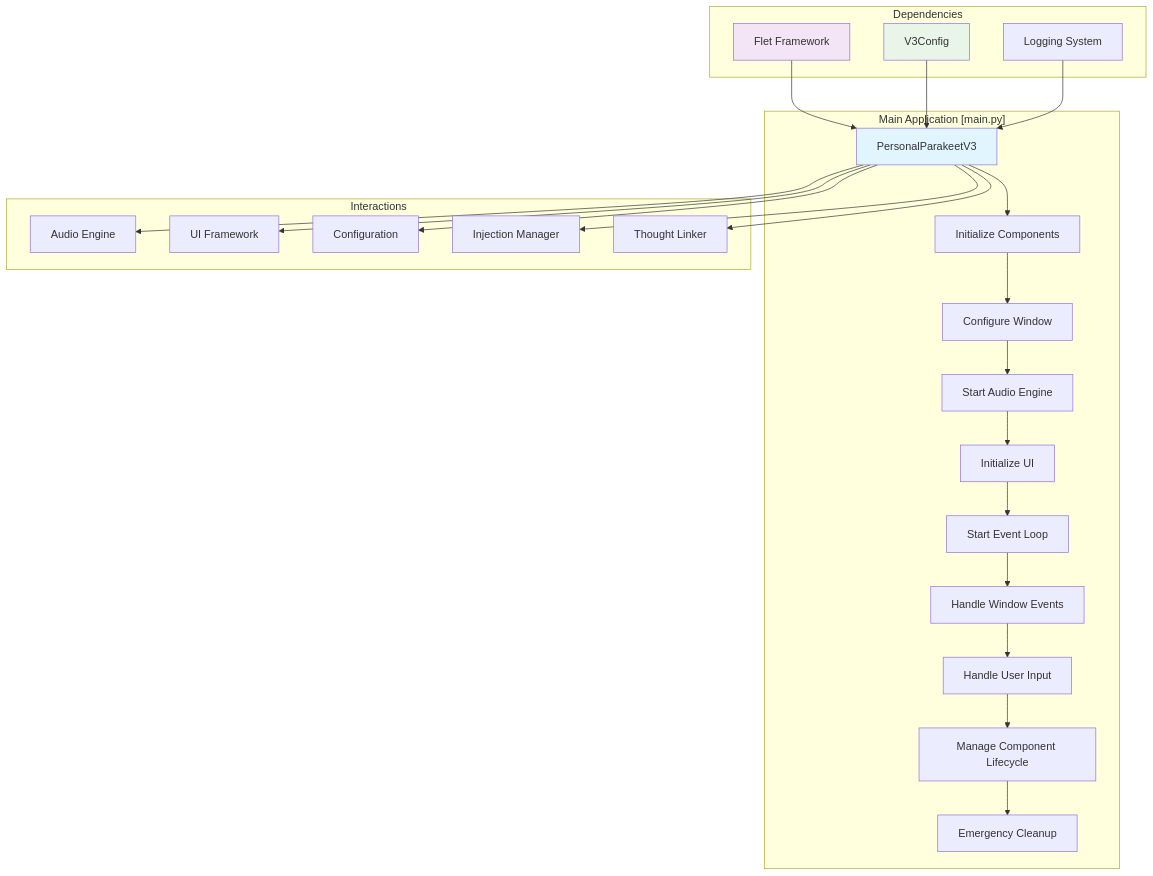
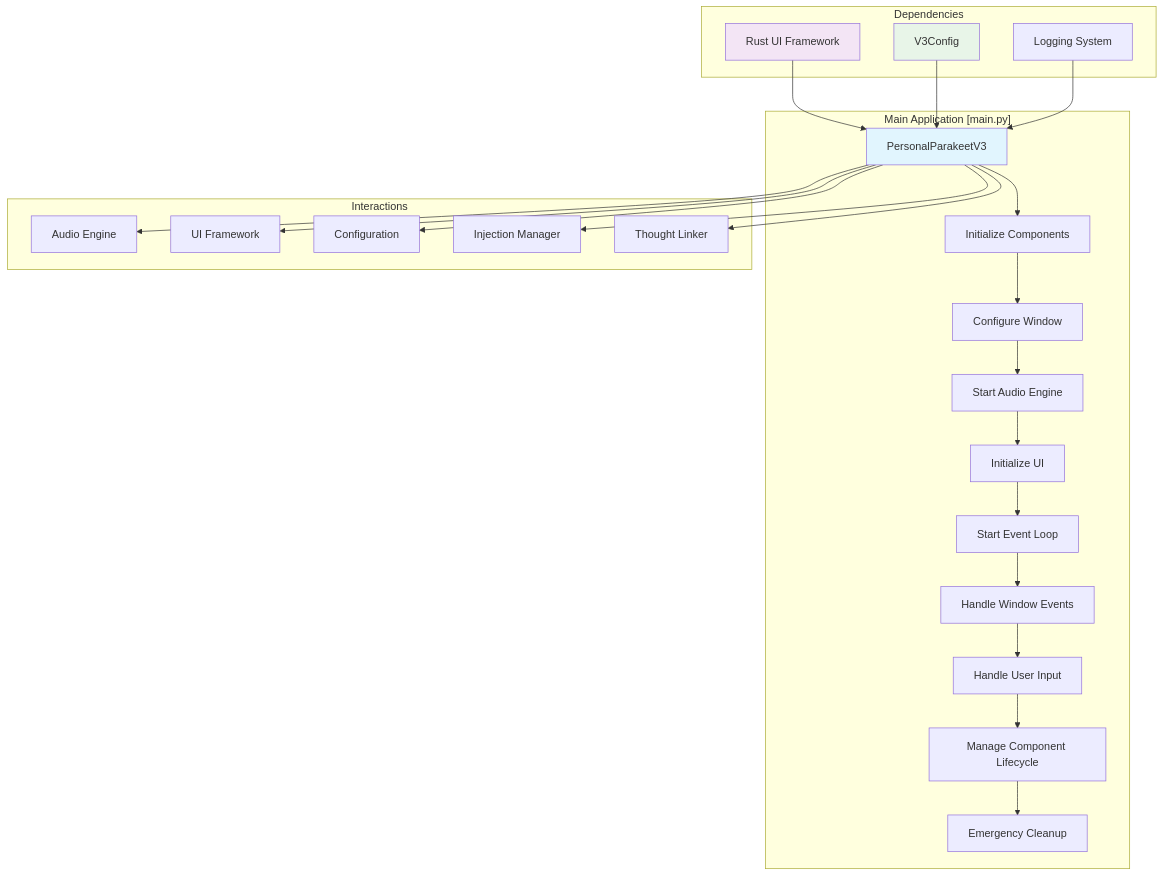
One commit to Coldaine/PersonalParakeet changed the first of 8 diagrams in docs/analysis/component_interaction_diagram.md. Above: the diagram before and after it, drawn with Mermaid. The commit also changed other lines of this file and 1323 other files, not shown here.

````diff
--- a/docs/analysis/component_interaction_diagram.md
+++ b/docs/analysis/component_interaction_diagram.md
@@ -23,33 +23,33 @@
 ```mermaid
 graph TB
     subgraph "Main Application [main.py]"
         A[PersonalParakeetV3] --> B[Initialize Components]
         B --> C[Configure Window]
         C --> D[Start Audio Engine]
         D --> E[Initialize UI]
         E --> F[Start Event Loop]
         
         F --> G[Handle Window Events]
         G --> H[Handle User Input]
         H --> I[Manage Component Lifecycle]
         I --> J[Emergency Cleanup]
     end
     
     subgraph "Dependencies"
-        K[Flet Framework] --> A
+        K[Rust UI Framework] --> A
         L[V3Config] --> A
         M[Logging System] --> A
     end
     
     subgraph "Interactions"
         A --> N[Audio Engine]
         A --> O[UI Framework]
         A --> P[Configuration]
         A --> Q[Injection Manager]
         A --> R[Thought Linker]
     end
     
     style A fill:#e1f5fe
     style K fill:#f3e5f5
     style L fill:#e8f5e8
 ```
````
